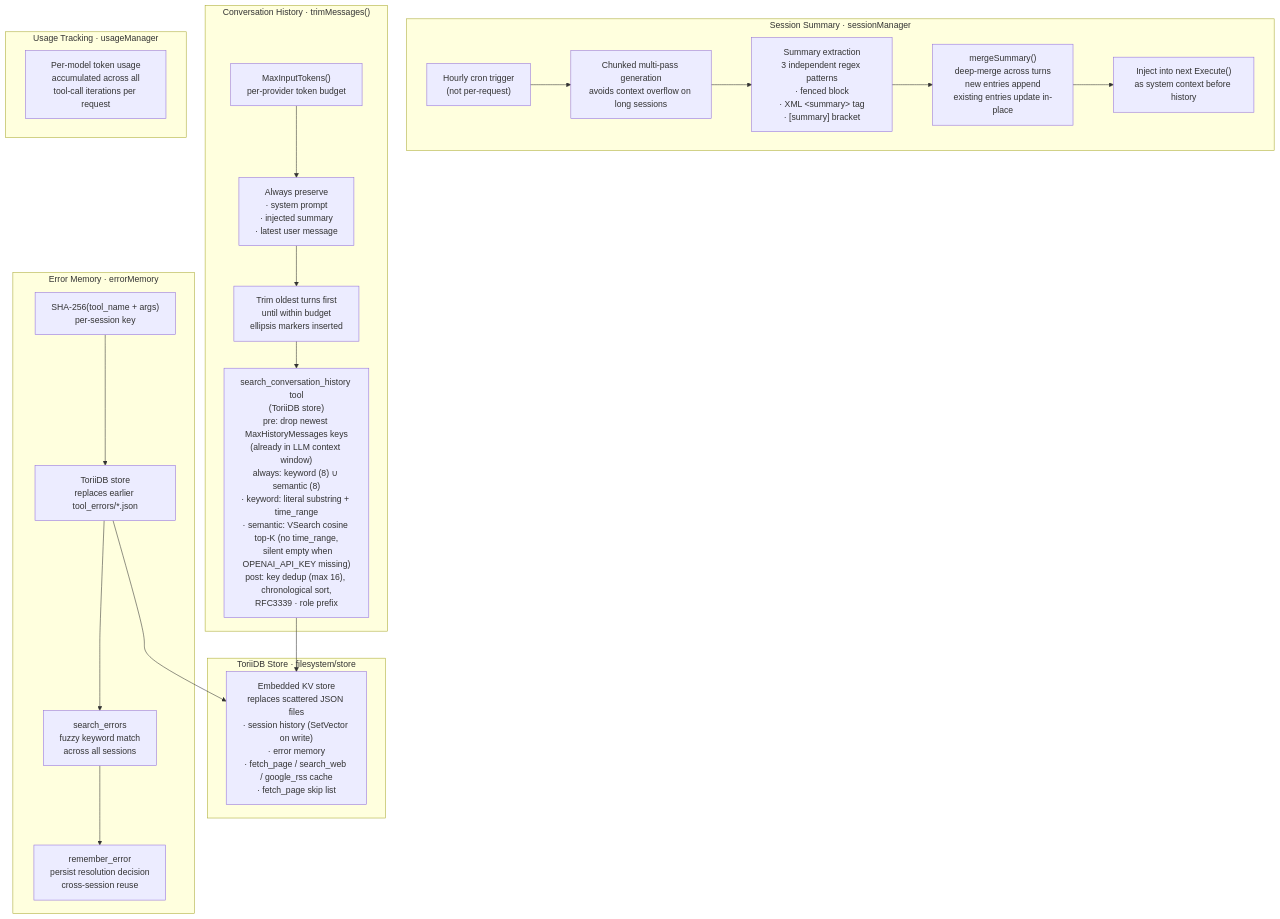
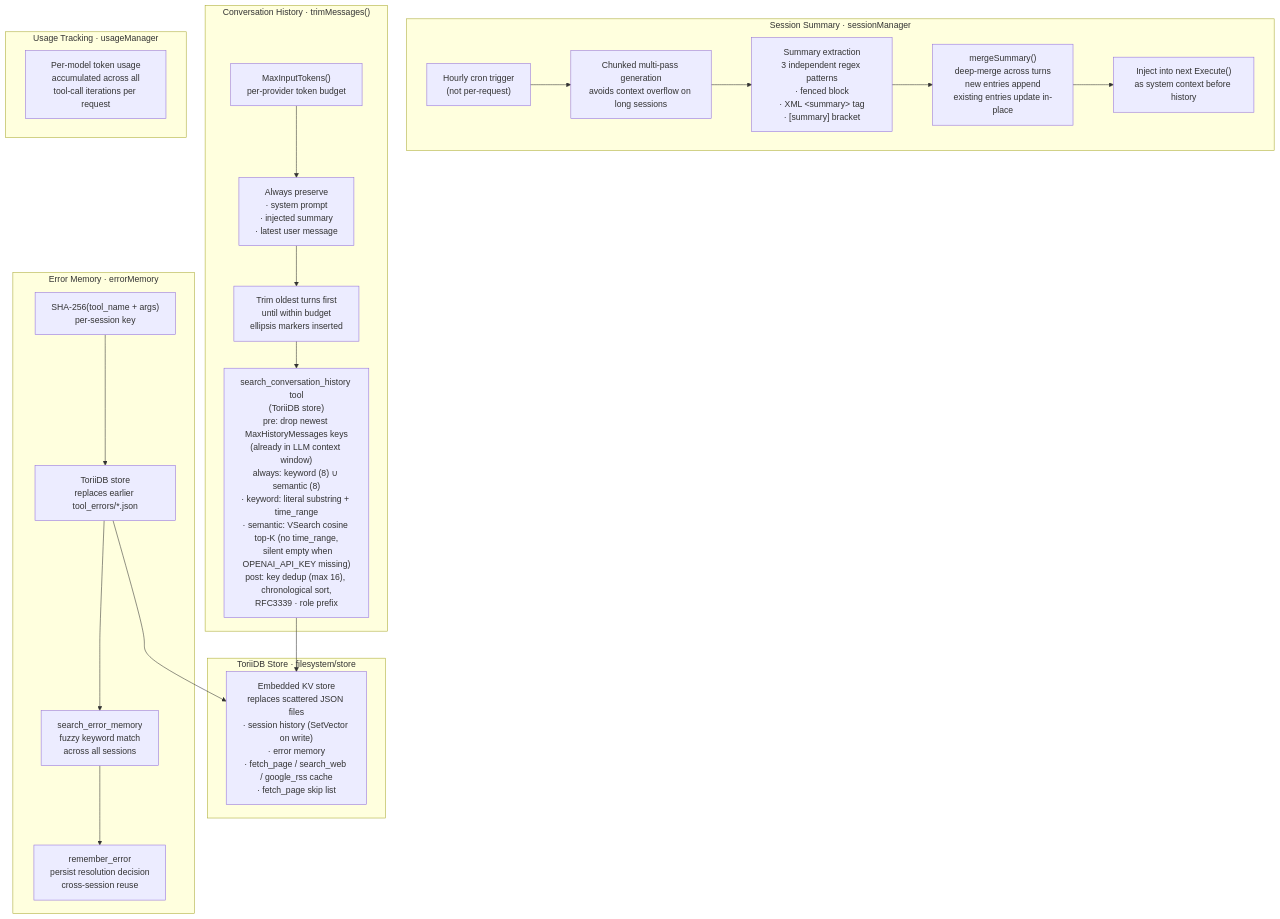
One commit to pardnchiu/Agenvoy changed the eighth of 9 diagrams in doc/architecture.md. Above: the diagram before and after it, drawn with Mermaid. The commit also changed other lines of this file and 27 other files, not shown here.

````diff
--- a/doc/architecture.md
+++ b/doc/architecture.md
@@ -377,41 +377,41 @@
 ```mermaid
 flowchart TD
     subgraph SessionSummary ["Session Summary · sessionManager"]
         SumCron["Hourly cron trigger\n(not per-request)"]
         SumChunk["Chunked multi-pass generation\navoids context overflow on long sessions"]
         SumExtract["Summary extraction\n3 independent regex patterns\n· fenced block\n· XML &lt;summary&gt; tag\n· [summary] bracket"]
         SumMerge["mergeSummary()\ndeep-merge across turns\nnew entries append\nexisting entries update in-place"]
         SumInject["Inject into next Execute()\nas system context before history"]
     end
 
     subgraph HistoryTrim ["Conversation History · trimMessages()"]
         Budget["MaxInputTokens()\nper-provider token budget"]
         Preserve["Always preserve\n· system prompt\n· injected summary\n· latest user message"]
         Trim["Trim oldest turns first\nuntil within budget\nellipsis markers inserted"]
         SearchHist["search_conversation_history tool\n(ToriiDB store)\npre: drop newest MaxHistoryMessages keys\n(already in LLM context window)\nalways: keyword (8) ∪ semantic (8)\n· keyword: literal substring + time_range\n· semantic: VSearch cosine top-K (no time_range,\n  silent empty when OPENAI_API_KEY missing)\npost: key dedup (max 16), chronological sort,\nRFC3339 · role prefix"]
     end
 
     subgraph ToriiStore ["ToriiDB Store · filesystem/store"]
         TS["Embedded KV store\nreplaces scattered JSON files\n· session history (SetVector on write)\n· error memory\n· fetch_page / search_web / google_rss cache\n· fetch_page skip list"]
     end
 
     subgraph ErrorMemory ["Error Memory · errorMemory"]
         ErrHash["SHA-256(tool_name + args)\nper-session key"]
         ErrStore["ToriiDB store\nreplaces earlier tool_errors/*.json"]
-        ErrRecall["search_errors\nfuzzy keyword match\nacross all sessions"]
+        ErrRecall["search_error_memory\nfuzzy keyword match\nacross all sessions"]
         ErrResolve["remember_error\npersist resolution decision\ncross-session reuse"]
     end
 
     subgraph UsageTracking ["Usage Tracking · usageManager"]
         UT["Per-model token usage\naccumulated across all\ntool-call iterations per request"]
     end
 
     SumCron --> SumChunk --> SumExtract --> SumMerge --> SumInject
     Budget --> Preserve --> Trim
     Trim --> SearchHist
     SearchHist --> TS
     ErrHash --> ErrStore
     ErrStore --> TS
     ErrStore --> ErrRecall
     ErrRecall --> ErrResolve
 ```
````
